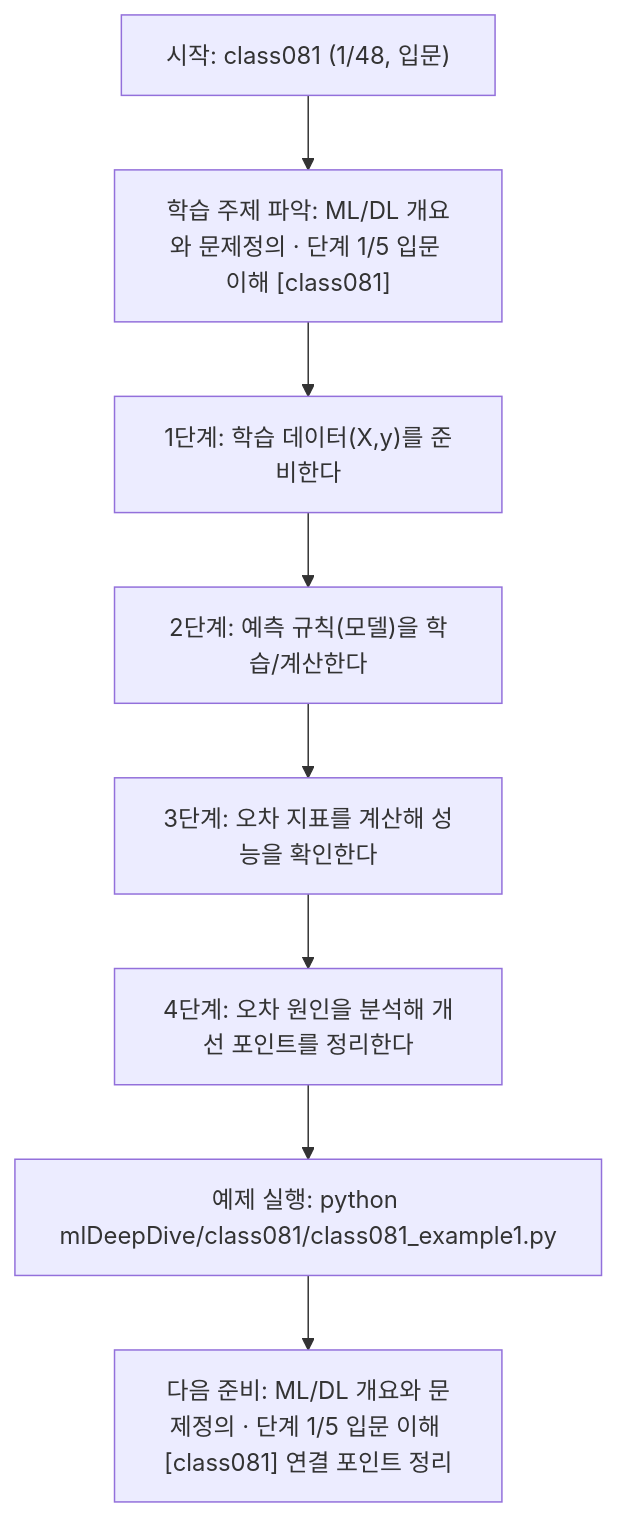
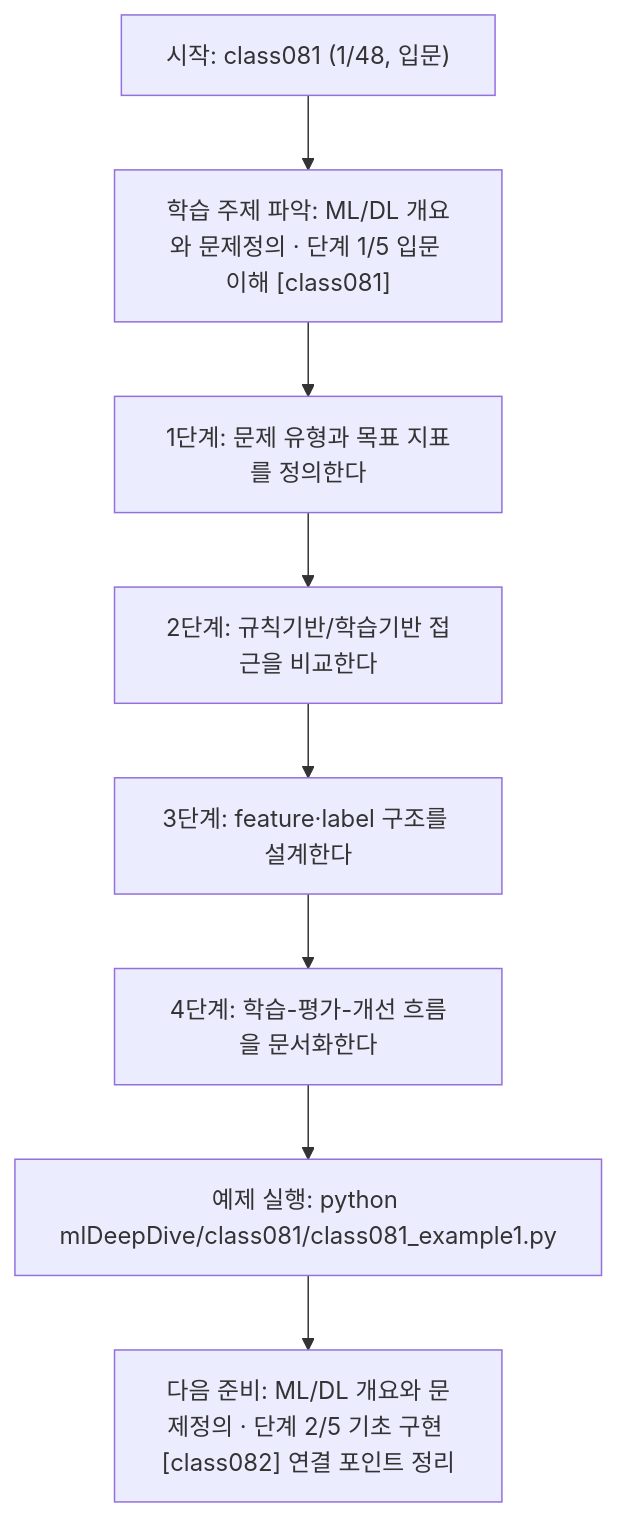
One commit to edumgt/Python-AI_Agent-Class changed the diagram in mlDeepDive/class081/class081.md. Above: the diagram before and after it, drawn with Mermaid. The commit also changed other lines of this file and 338 other files, not shown here.

````diff
--- a/mlDeepDive/class081/class081.md
+++ b/mlDeepDive/class081/class081.md
@@ -111,18 +91,18 @@
 ```mermaid
 flowchart TD
 N1["시작: class081 (1/48, 입문)"]
 N2["학습 주제 파악: ML/DL 개요와 문제정의 · 단계 1/5 입문 이해 [class081]"]
-N3["1단계: 학습 데이터(X,y)를 준비한다"]
-N4["2단계: 예측 규칙(모델)을 학습/계산한다"]
-N5["3단계: 오차 지표를 계산해 성능을 확인한다"]
-N6["4단계: 오차 원인을 분석해 개선 포인트를 정리한다"]
+N3["1단계: 문제 유형과 목표 지표를 정의한다"]
+N4["2단계: 규칙기반/학습기반 접근을 비교한다"]
+N5["3단계: feature·label 구조를 설계한다"]
+N6["4단계: 학습-평가-개선 흐름을 문서화한다"]
 N7["예제 실행: python mlDeepDive/class081/class081_example1.py"]
-N8["다음 준비: ML/DL 개요와 문제정의 · 단계 1/5 입문 이해 [class081] 연결 포인트 정리"]
+N8["다음 준비: ML/DL 개요와 문제정의 · 단계 2/5 기초 구현 [class082] 연결 포인트 정리"]
 N1 --> N2
 N2 --> N3
 N3 --> N4
 N4 --> N5
 N5 --> N6
 N6 --> N7
 N7 --> N8
 ```
````
